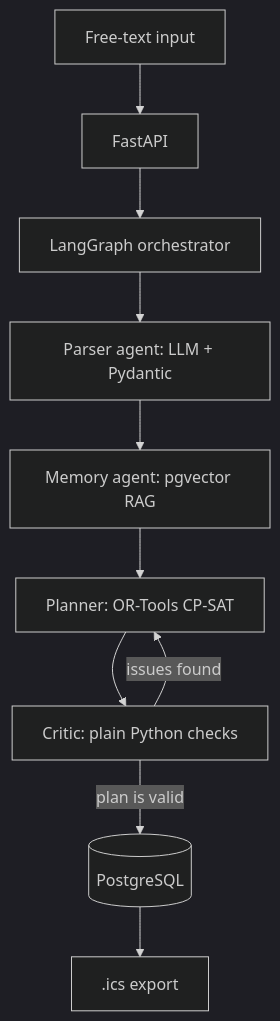
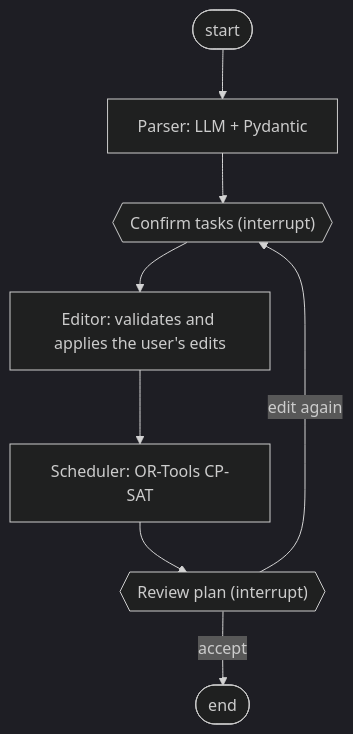
Before and after one commit to LenionK/agentic-day-planner: the diagram in README.md, drawn with Mermaid (dark theme). The commit also changed other lines of this file and 1 other file, not shown here.

First line of the commit message:
docs: README with what the planner does, installation and usage

````diff
--- a/README.md
+++ b/README.md
@@ -9,12 +25,10 @@
 ```mermaid
 flowchart TD
-    A["Free-text input"] --> B["FastAPI"]
-    B --> C["LangGraph orchestrator"]
-    C --> D["Parser agent: LLM + Pydantic"]
-    D --> E["Memory agent: pgvector RAG"]
-    E --> F["Planner: OR-Tools CP-SAT"]
-    F --> G["Critic: plain Python checks"]
-    G -- "issues found" --> F
-    G -- "plan is valid" --> H[("PostgreSQL")]
-    H --> I[".ics export"]
+    START([start]) --> P["Parser: LLM + Pydantic"]
+    P --> C{{"Confirm tasks (interrupt)"}}
+    C --> E["Editor: validates and applies the user's edits"]
+    E --> S["Scheduler: OR-Tools CP-SAT"]
+    S --> R{{"Review plan (interrupt)"}}
+    R -- "accept" --> END([end])
+    R -- "edit again" --> C
 ```
````
